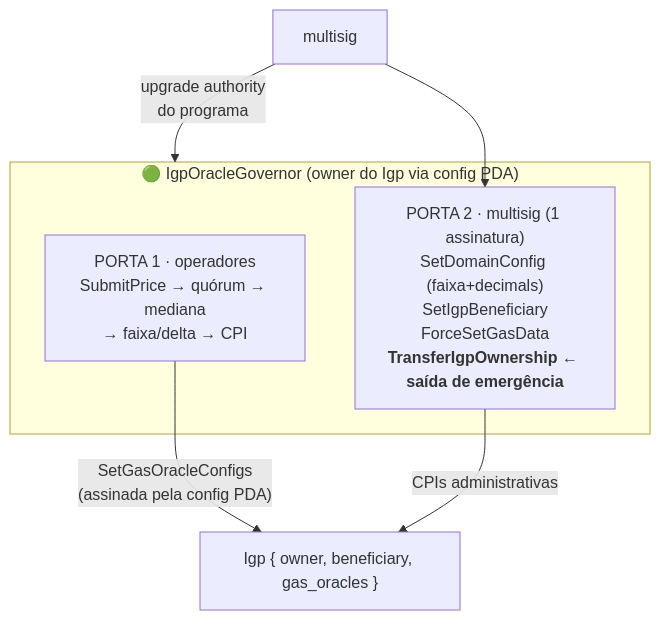
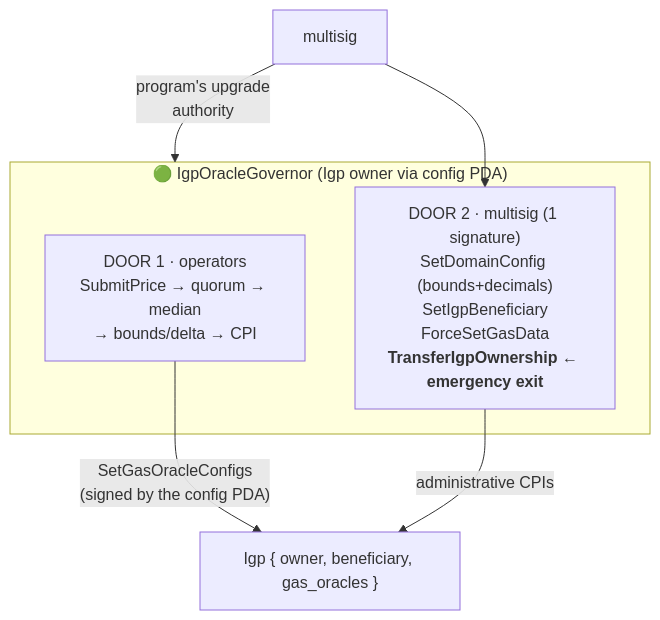
Before and after one commit to terra-classic-hyperlane/proof-of-delivery: the ninth of 9 diagrams in docs/ARQUITETURA.md, drawn with Mermaid. The commit also changed other lines of this file and 29 other files, not shown here.

````diff
--- a/docs/ARQUITETURA.md
+++ b/docs/ARQUITETURA.md
@@ -241,12 +241,12 @@
 ```mermaid
 flowchart TB
-    subgraph GOVSOL["🟢 IgpOracleGovernor (owner do Igp via config PDA)"]
-        P1["PORTA 1 · operadores<br/>SubmitPrice → quórum → mediana<br/>→ faixa/delta → CPI"]
-        P2["PORTA 2 · multisig (1 assinatura)<br/>SetDomainConfig (faixa+decimals)<br/>SetIgpBeneficiary<br/>ForceSetGasData<br/><b>TransferIgpOwnership ← saída de emergência</b>"]
+    subgraph GOVSOL["🟢 IgpOracleGovernor (Igp owner via config PDA)"]
+        P1["DOOR 1 · operators<br/>SubmitPrice → quorum → median<br/>→ bounds/delta → CPI"]
+        P2["DOOR 2 · multisig (1 signature)<br/>SetDomainConfig (bounds+decimals)<br/>SetIgpBeneficiary<br/>ForceSetGasData<br/><b>TransferIgpOwnership ← emergency exit</b>"]
     end
     IGPS["Igp { owner, beneficiary, gas_oracles }"]
-    P1 -- "SetGasOracleConfigs<br/>(assinada pela config PDA)" --> IGPS
-    P2 -- "CPIs administrativas" --> IGPS
+    P1 -- "SetGasOracleConfigs<br/>(signed by the config PDA)" --> IGPS
+    P2 -- "administrative CPIs" --> IGPS
     MS2["multisig"] --> P2
-    MS2 -- "upgrade authority<br/>do programa" --> GOVSOL
+    MS2 -- "program's upgrade<br/>authority" --> GOVSOL
 ```
````
